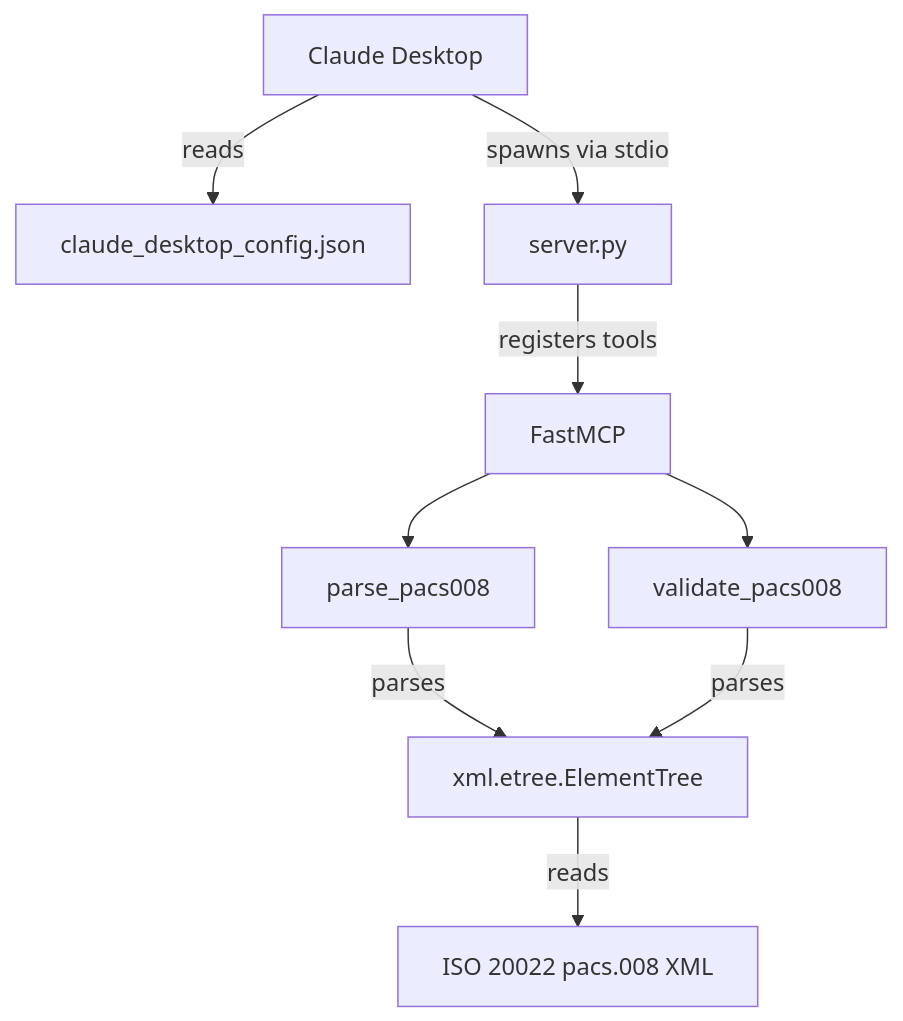
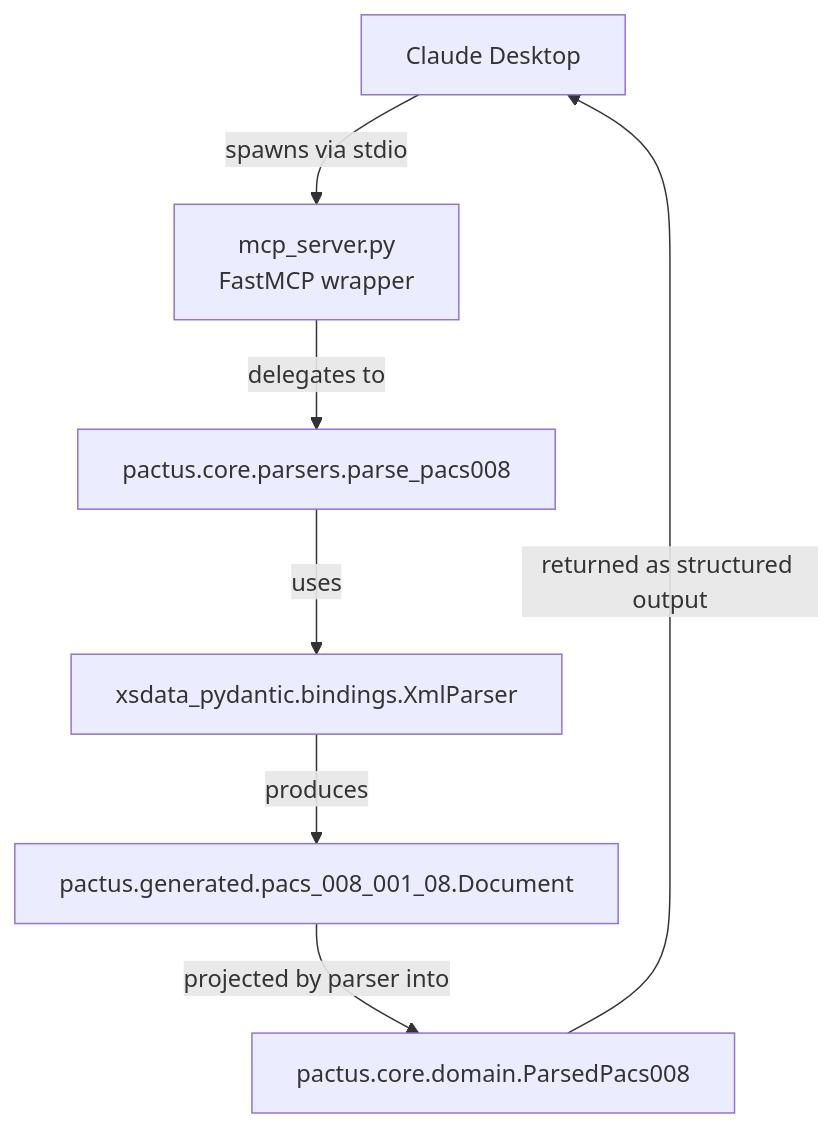
One commit to deniskarlinsky/iso20022-mcp changed the diagram in architecture.md. Above: the diagram before and after it, drawn with Mermaid. The commit also changed other lines of this file and 19 other files, not shown here.

````diff
--- a/architecture.md
+++ b/architecture.md
@@ -3,11 +3,9 @@
 ```mermaid
 flowchart TD
-    A[Claude Desktop] -->|reads| B[claude_desktop_config.json]
-    A -->|spawns via stdio| C[server.py]
-    C -->|registers tools| D[FastMCP]
-    D --> E[parse_pacs008]
-    D --> F[validate_pacs008]
-    E -->|parses| G[xml.etree.ElementTree]
-    F -->|parses| G
-    G -->|reads| H[ISO 20022 pacs.008 XML]
+    A[Claude Desktop] -->|spawns via stdio| B[mcp_server.py<br/>FastMCP wrapper]
+    B -->|delegates to| C[pactus.core.parsers.parse_pacs008]
+    C -->|uses| D[xsdata_pydantic.bindings.XmlParser]
+    D -->|produces| E[pactus.generated.pacs_008_001_08.Document]
+    E -->|projected by parser into| F[pactus.core.domain.ParsedPacs008]
+    F -->|returned as structured output| A
 ```
````
